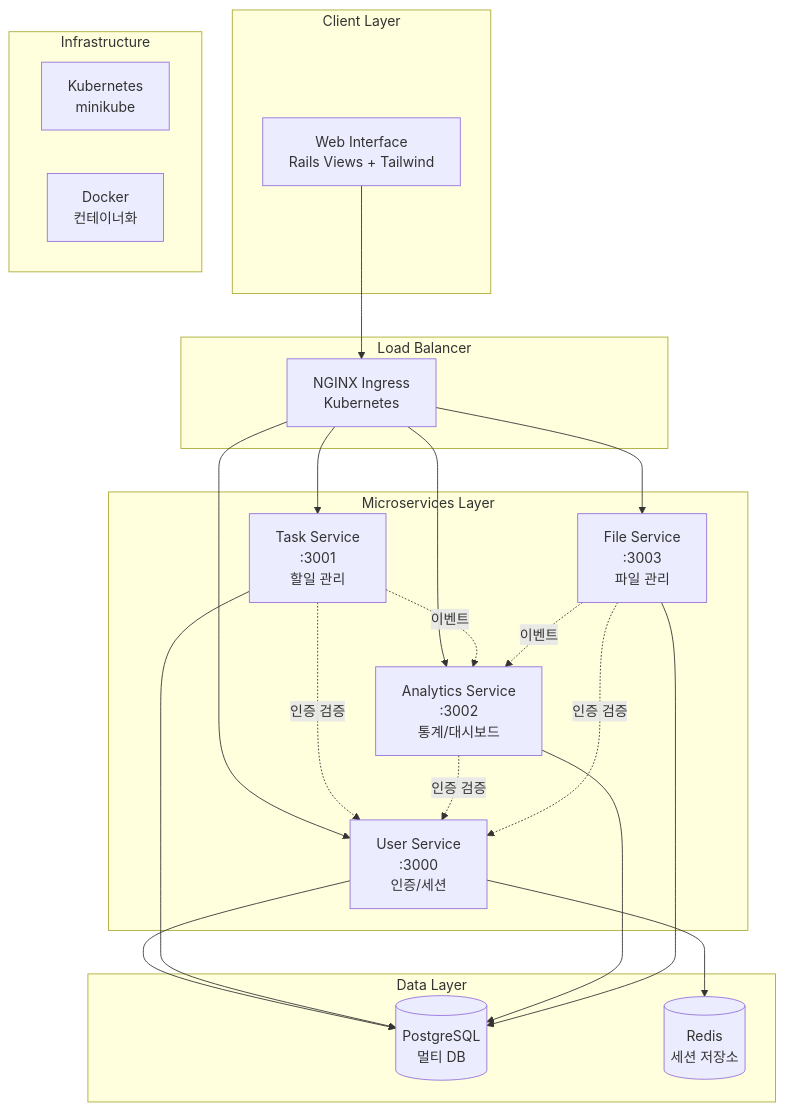
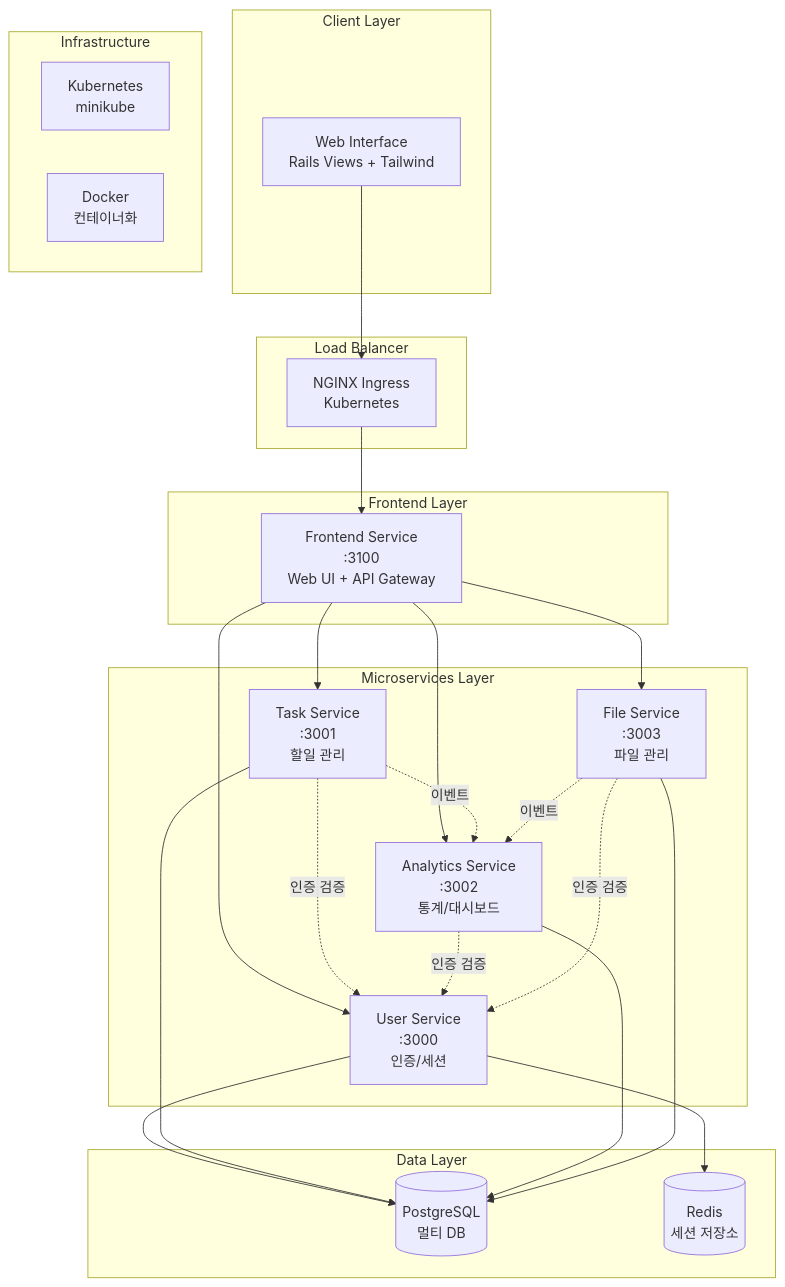
The diagram in README.md (junseoplee/taskmate), drawn with Mermaid before and after one commit. The commit also changed other lines of this file and 1 other file, not shown here.

````diff
--- a/README.md
+++ b/README.md
@@ -12,47 +12,52 @@
 ```mermaid
 graph TB
     subgraph "Client Layer"
         UI[Web Interface<br/>Rails Views + Tailwind]
     end
     
     subgraph "Load Balancer"
         LB[NGINX Ingress<br/>Kubernetes]
+    end
+    
+    subgraph "Frontend Layer"
+        FE[Frontend Service<br/>:3100<br/>Web UI + API Gateway]
     end
     
     subgraph "Microservices Layer"
         US[User Service<br/>:3000<br/>인증/세션]
         TS[Task Service<br/>:3001<br/>할일 관리]
         AS[Analytics Service<br/>:3002<br/>통계/대시보드]
         FS[File Service<br/>:3003<br/>파일 관리]
     end
     
     subgraph "Data Layer"
         PG[(PostgreSQL<br/>멀티 DB)]
         RD[(Redis<br/>세션 저장소)]
     end
     
     subgraph "Infrastructure"
         K8S[Kubernetes<br/>minikube]
         DOC[Docker<br/>컨테이너화]
     end
     
     UI --> LB
-    LB --> US
-    LB --> TS
-    LB --> AS
-    LB --> FS
+    LB --> FE
+    FE --> US
+    FE --> TS
+    FE --> AS
+    FE --> FS
     
     TS -.->|인증 검증| US
     AS -.->|인증 검증| US
     FS -.->|인증 검증| US
     
     US --> PG
     TS --> PG
     AS --> PG
     FS --> PG
     
     US --> RD
     
     TS -.->|이벤트| AS
     FS -.->|이벤트| AS
 ```
````
